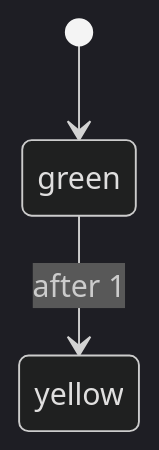
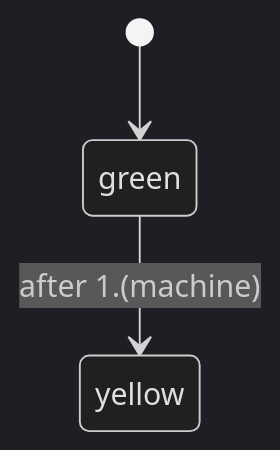
The diagram in src/__snapshots__/after_002.mermaid (emmby/xstate-diagram), drawn with Mermaid (dark theme) before and after one commit. The commit also changed 2 other files, not shown here.

```diff
--- a/src/__snapshots__/after_002.mermaid
+++ b/src/__snapshots__/after_002.mermaid
@@ -1,5 +1,5 @@
 stateDiagram-v2
   state "green" as _machine__green
   state "yellow" as _machine__yellow
   [*] --> _machine__green
-  _machine__green --> _machine__yellow : after 1
+  _machine__green --> _machine__yellow : after 1.(machine)
```
